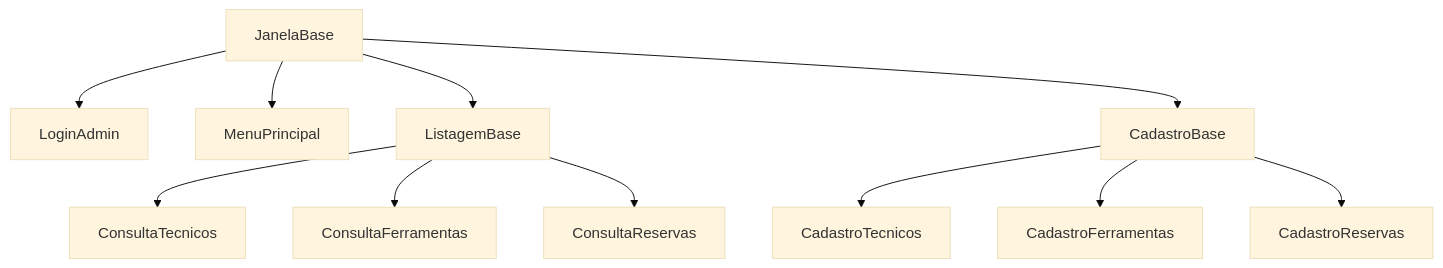
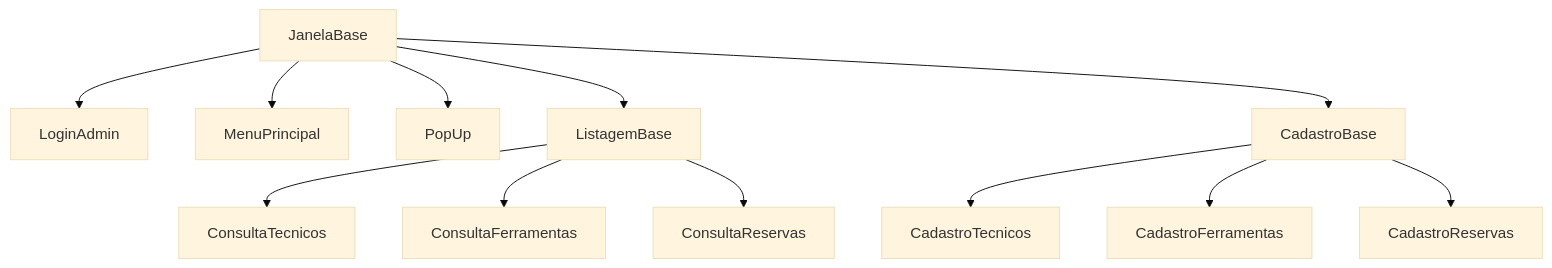
The second of 2 diagrams in README.md (fernandorff/trabalho-final-estacio-1-central-de-ferramentas), drawn with Mermaid (base theme) before and after one commit.

Commit message:
Diagrama de classes

````diff
--- a/README.md
+++ b/README.md
@@ -126,13 +126,14 @@
 ```mermaid
 flowchart TB
     JanelaBase --> LoginAdmin
     JanelaBase --> MenuPrincipal
+    JanelaBase --> PopUp
     JanelaBase --> ListagemBase
     JanelaBase --> CadastroBase
     ListagemBase --> ConsultaTecnicos
     CadastroBase --> CadastroTecnicos
     ListagemBase --> ConsultaFerramentas
     CadastroBase --> CadastroFerramentas
     ListagemBase --> ConsultaReservas
     CadastroBase --> CadastroReservas
 ```
````
